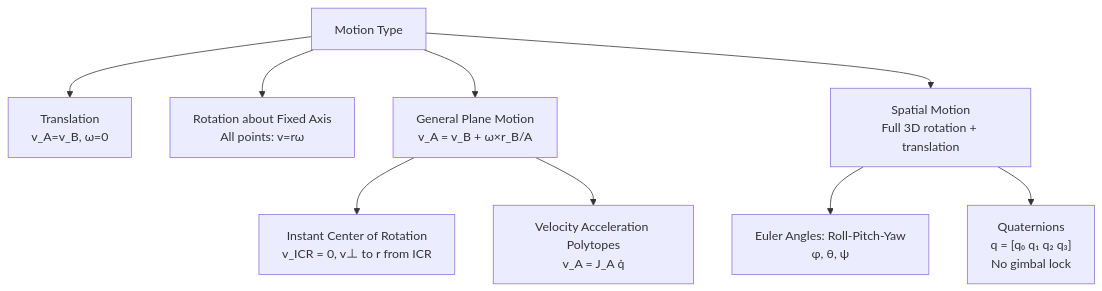
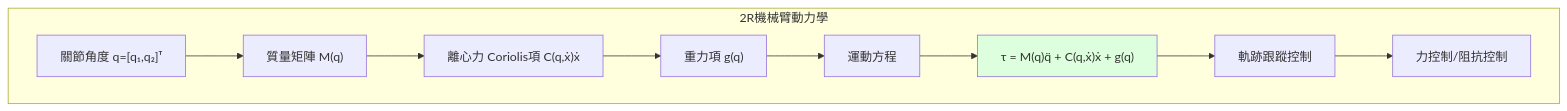
The fourth of 5 diagrams in mae-cuhk/courses/major-required/MAEG2020.md (yip-lgtm/mech-Eng-Bootcamp), drawn with Mermaid before and after one commit. The commit also changed other lines of this file and 35 other files, not shown here.

````diff
--- a/mae-cuhk/courses/major-required/MAEG2020.md
+++ b/mae-cuhk/courses/major-required/MAEG2020.md
@@ -348,11 +459,13 @@
 ```mermaid
-graph TB
-    M["Motion Type"] --> T["Translation<br/>v_A=v_B, ω=0"]
-    M --> R["Rotation about Fixed Axis<br/>All points: v=rω"]
-    M --> G["General Plane Motion<br/>v_A = v_B + ω×r_B/A"]
-    M --> SP["Spatial Motion<br/>Full 3D rotation + translation"]
-    G --> ICR["Instant Center of Rotation<br/>v_ICR = 0, v⊥ to r from ICR"]
-    G --> VAP["Velocity Acceleration Polytopes<br/>v_A = J_A q̇"]
-    SP --> E["Euler Angles: Roll-Pitch-Yaw<br/>φ, θ, ψ"]
-    SP --> Q["Quaternions<br/>q = [q₀ q₁ q₂ q₃]<br/>No gimbal lock"]
+graph TD
+    subgraph 2R機械臂動力學
+        A["關節角度 q=[q₁,q₂]ᵀ"] --> B["質量矩陣 M(q)"]
+        B --> C["離心力 Coriolis項 C(q,ẋ)ẋ"]
+        C --> D["重力項 g(q)"]
+        D --> E["運動方程"]
+        E --> F["τ = M(q)q̈ + C(q,ẋ)ẋ + g(q)"]
+        F --> G["軌跡跟蹤控制"]
+        G --> H["力控制/阻抗控制"]
+        style F fill:#dfd
+    end
 ```
````
